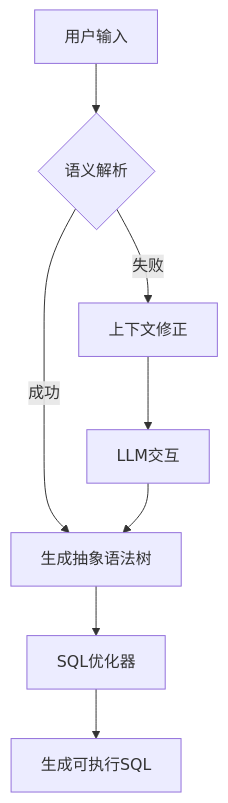
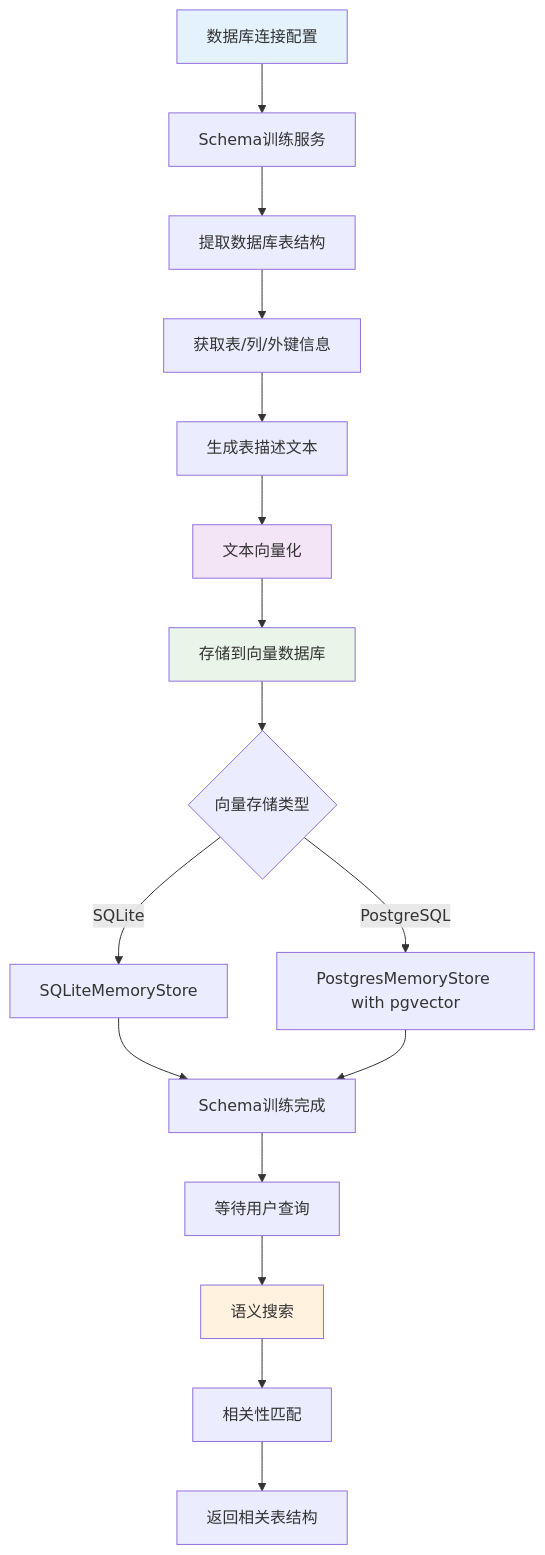
The second of 3 diagrams in README.md (ichichchch/Text2Sql.Net), drawn with Mermaid before and after one commit. The commit also changed other lines of this file and 2 other files, not shown here.

````diff
--- a/README.md
+++ b/README.md
@@ -68,10 +94,27 @@
 ```mermaid
 flowchart TD
-    A[用户输入] --> B{语义解析}
-    B -->|成功| C[生成抽象语法树]
-    C --> D[SQL优化器]
-    D --> E[生成可执行SQL]
-    B -->|失败| F[上下文修正]
-    F --> G[LLM交互]
-    G --> C
+    A[数据库连接配置] --> B[Schema训练服务]
+    B --> C[提取数据库表结构]
+    C --> D[获取表/列/外键信息]
+    D --> E[生成表描述文本]
+    
+    E --> F[文本向量化]
+    F --> G[存储到向量数据库]
+    
+    G --> H{向量存储类型}
+    H -->|SQLite| I[SQLiteMemoryStore]
+    H -->|PostgreSQL| J[PostgresMemoryStore with pgvector]
+    
+    I --> K[Schema训练完成]
+    J --> K
+    
+    K --> L[等待用户查询]
+    L --> M[语义搜索]
+    M --> N[相关性匹配]
+    N --> O[返回相关表结构]
+    
+    style A fill:#e3f2fd
+    style F fill:#f3e5f5
+    style G fill:#e8f5e8
+    style M fill:#fff3e0
 ```
````
